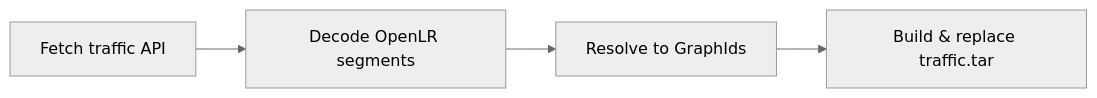
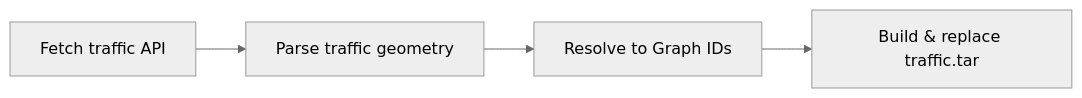
One commit to VictorYanson/gsocApplication changed the second of 2 diagrams in gsoc-application-victor-yanson-2026.md. Above: the diagram before and after it, drawn with Mermaid (neutral theme). The commit also changed other lines of this file, not shown here.

````diff
--- a/gsoc-application-victor-yanson-2026.md
+++ b/gsoc-application-victor-yanson-2026.md
@@ -155,7 +157,7 @@
 ```mermaid
 flowchart LR
 		B[Fetch traffic API]
-    B --> C[Decode OpenLR segments]
-    C --> D[Resolve to GraphIds]
+    B --> C[Parse traffic geometry]
+    C --> D[Resolve to Graph IDs]
     D --> E[Build & replace traffic.tar]
 ```
````
